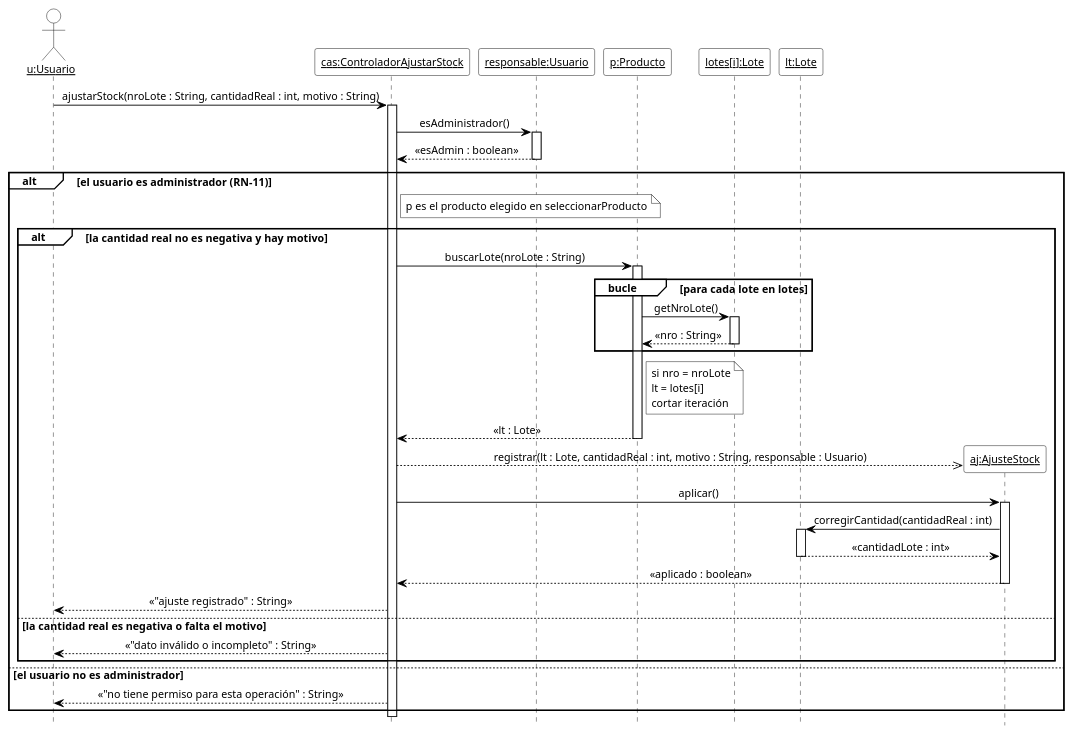
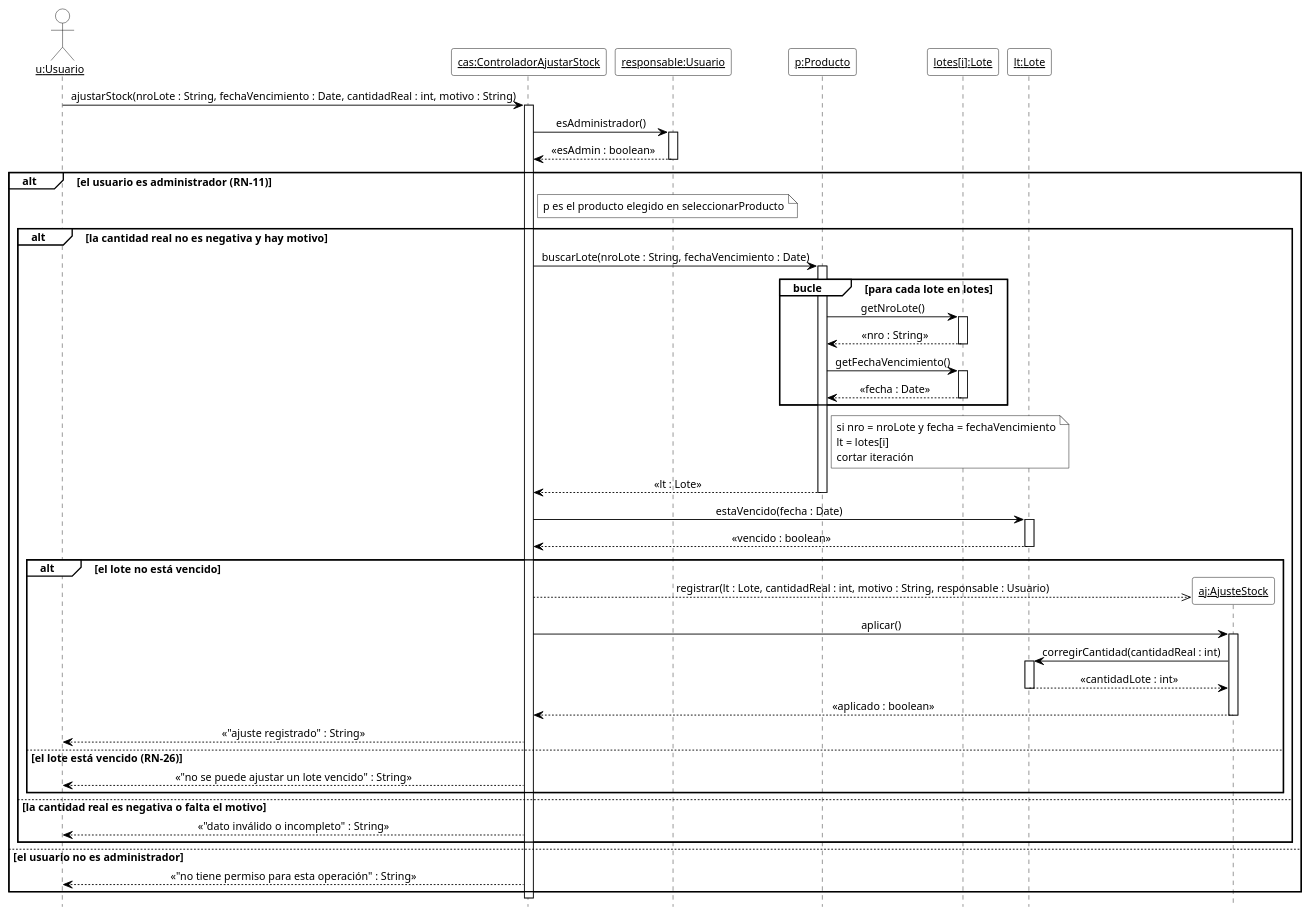
Before and after one commit to cirotop/Stock-Project: the diagram in 08-Diagrama De Secuencia/DSD_CU-06_ajustarStock.puml, drawn with PlantUML. The commit also changed 26 other files, not shown here.

```diff
--- a/08-Diagrama De Secuencia/DSD_CU-06_ajustarStock.puml
+++ b/08-Diagrama De Secuencia/DSD_CU-06_ajustarStock.puml
@@ -1,63 +1,71 @@
 @startuml DSD_CU-06_ajustarStock
 ' Diagrama de Secuencia de Diseño (DSD) - CU-06 Ajustar stock - ajustarStock
 ' Estilo de los ejemplos de la teoría (introducirArticulo / crearNuevaVenta).
 hide footbox
 skinparam shadowing false
 skinparam defaultFontName Arial
 skinparam defaultFontSize 12
 skinparam sequenceMessageAlign center
 skinparam ArrowColor black
 skinparam ParticipantBackgroundColor white
 skinparam ParticipantBorderColor black
 skinparam CollectionsBackgroundColor white
 skinparam CollectionsBorderColor black
 skinparam ActorBackgroundColor white
 skinparam ActorBorderColor black
 skinparam LifeLineBorderColor black
 skinparam LifeLineBackgroundColor white
 skinparam SequenceGroupBackgroundColor white
 skinparam SequenceGroupBorderColor black
 skinparam SequenceGroupHeaderFontColor black
 skinparam NoteBackgroundColor white
 skinparam NoteBorderColor black
 
 actor "<u>u:Usuario</u>" as u
 participant "<u>cas:ControladorAjustarStock</u>" as cas
 participant "<u>responsable:Usuario</u>" as resp
 participant "<u>p:Producto</u>" as p
 participant "<u>lotes[i]:Lote</u>" as li
 participant "<u>lt:Lote</u>" as lt
 
-u -> cas ++ : ajustarStock(nroLote : String, cantidadReal : int, motivo : String)
+u -> cas ++ : ajustarStock(nroLote : String, fechaVencimiento : Date, cantidadReal : int, motivo : String)
 cas -> resp ++ : esAdministrador()
 resp --> cas -- : «esAdmin : boolean»
 alt el usuario es administrador (RN-11)
   note right of cas : p es el producto elegido en seleccionarProducto
   alt la cantidad real no es negativa y hay motivo
-    cas -> p ++ : buscarLote(nroLote : String)
+    cas -> p ++ : buscarLote(nroLote : String, fechaVencimiento : Date)
     group bucle [para cada lote en lotes]
       p -> li ++ : getNroLote()
       li --> p -- : «nro : String»
+      p -> li ++ : getFechaVencimiento()
+      li --> p -- : «fecha : Date»
     end
     note right of p
-      si nro = nroLote
+      si nro = nroLote y fecha = fechaVencimiento
       lt = lotes[i]
       cortar iteración
     end note
     p --> cas -- : «lt : Lote»
-    create participant "<u>aj:AjusteStock</u>" as aj
-    cas -->> aj : registrar(lt : Lote, cantidadReal : int, motivo : String, responsable : Usuario)
-    cas -> aj ++ : aplicar()
-    aj -> lt ++ : corregirCantidad(cantidadReal : int)
-    lt --> aj -- : «cantidadLote : int»
-    aj --> cas -- : «aplicado : boolean»
-    cas --> u : «"ajuste registrado" : String»
+    cas -> lt ++ : estaVencido(fecha : Date)
+    lt --> cas -- : «vencido : boolean»
+    alt el lote no está vencido
+      create participant "<u>aj:AjusteStock</u>" as aj
+      cas -->> aj : registrar(lt : Lote, cantidadReal : int, motivo : String, responsable : Usuario)
+      cas -> aj ++ : aplicar()
+      aj -> lt ++ : corregirCantidad(cantidadReal : int)
+      lt --> aj -- : «cantidadLote : int»
+      aj --> cas -- : «aplicado : boolean»
+      cas --> u : «"ajuste registrado" : String»
+    else el lote está vencido (RN-26)
+      cas --> u : «"no se puede ajustar un lote vencido" : String»
+    end
   else la cantidad real es negativa o falta el motivo
     cas --> u : «"dato inválido o incompleto" : String»
   end
 else el usuario no es administrador
   cas --> u : «"no tiene permiso para esta operación" : String»
 end
 deactivate cas
 
 @enduml
```
